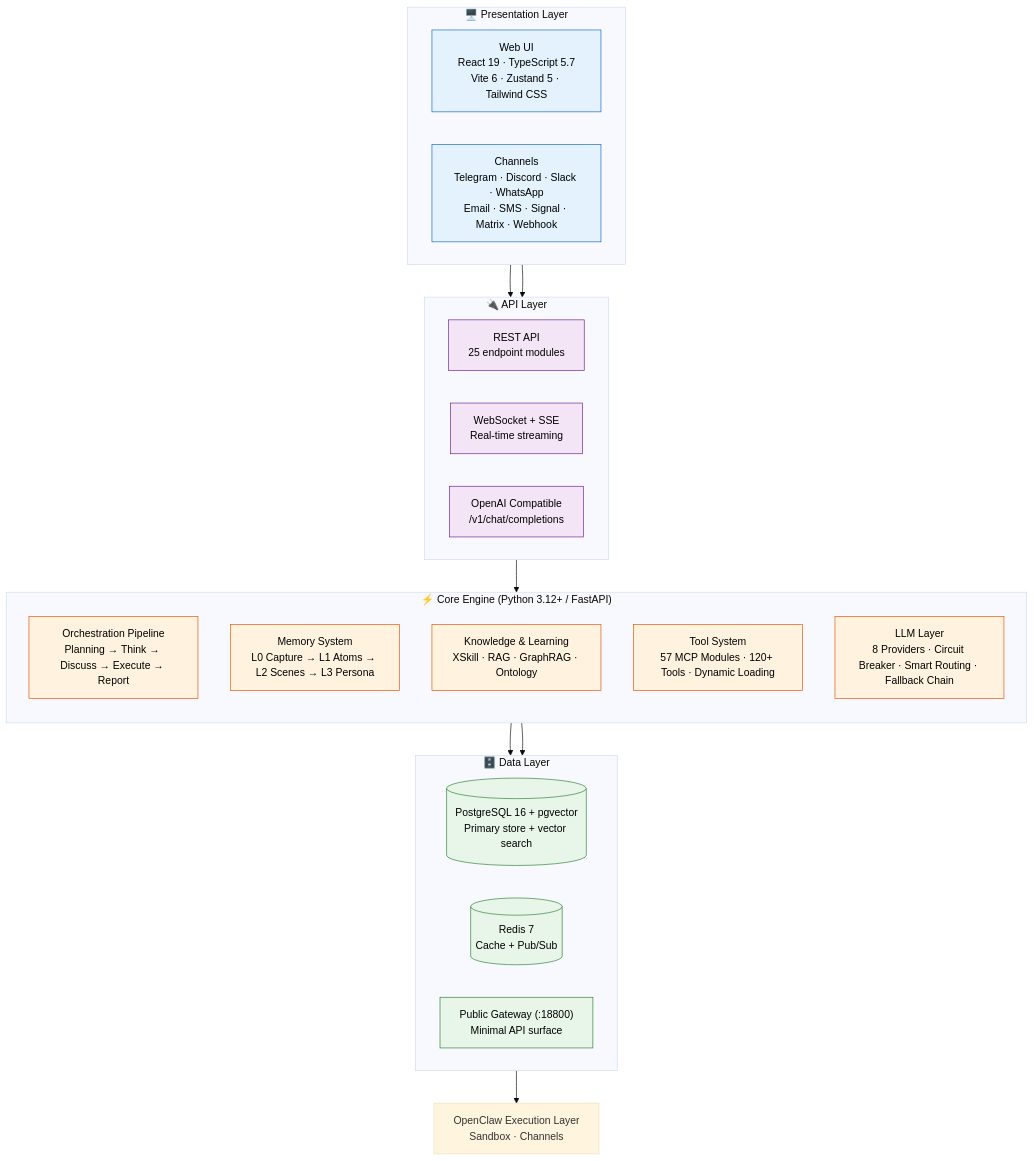
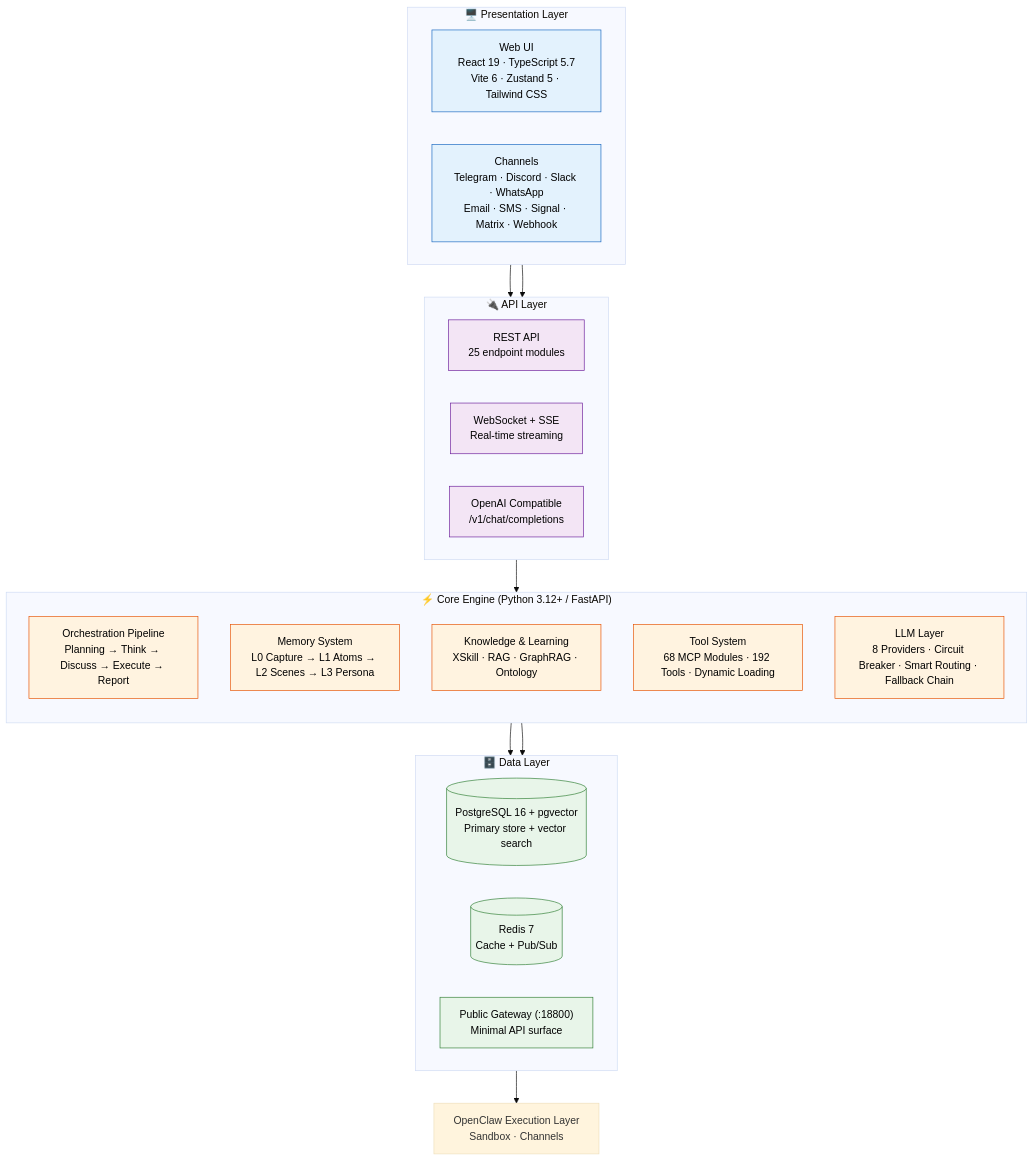
The first of 3 diagrams in README.md (pvbang/nexus), drawn with Mermaid (base theme) before and after one commit. The commit also changed other lines of this file and 601 other files, not shown here.

````diff
--- a/README.md
+++ b/README.md
@@ -174,48 +204,48 @@
 ```mermaid
 flowchart TB
     subgraph PRES["🖥️ Presentation Layer"]
         direction LR
         WEB["Web UI<br/>React 19 · TypeScript 5.7<br/>Vite 6 · Zustand 5 · Tailwind CSS"]
         CH["Channels<br/>Telegram · Discord · Slack · WhatsApp<br/>Email · SMS · Signal · Matrix · Webhook"]
     end
 
     subgraph API["🔌 API Layer"]
         direction LR
         REST["REST API<br/>25 endpoint modules"]
         WS["WebSocket + SSE<br/>Real-time streaming"]
         OA["OpenAI Compatible<br/>/v1/chat/completions"]
     end
 
     subgraph CORE["⚡ Core Engine (Python 3.12+ / FastAPI)"]
         direction TB
         P["Orchestration Pipeline<br/>Planning → Think → Discuss → Execute → Report"]
         MEM["Memory System<br/>L0 Capture → L1 Atoms → L2 Scenes → L3 Persona"]
         XS["Knowledge & Learning<br/>XSkill · RAG · GraphRAG · Ontology"]
-        T["Tool System<br/>57 MCP Modules · 120+ Tools · Dynamic Loading"]
+        T["Tool System<br/>68 MCP Modules · 192 Tools · Dynamic Loading"]
         L["LLM Layer<br/>8 Providers · Circuit Breaker · Smart Routing · Fallback Chain"]
     end
 
     subgraph DATA["🗄️ Data Layer"]
         direction LR
         PG[("PostgreSQL 16 + pgvector<br/>Primary store + vector search")]
         RD[("Redis 7<br/>Cache + Pub/Sub")]
         GW["Public Gateway (:18800)<br/>Minimal API surface"]
     end
 
     WEB --> API
     CH --> API
     API --> CORE
     CORE --> PG
     CORE --> RD
     GW --> OC[OpenClaw Execution Layer<br/>Sandbox · Channels]
 
     classDef pres fill:#e3f2fd,stroke:#1565c0,color:#000
     classDef api fill:#f3e5f5,stroke:#6a1b9a,color:#000
     classDef core fill:#fff3e0,stroke:#e65100,color:#000
     classDef data fill:#e8f5e9,stroke:#2e7d32,color:#000
 
     class WEB,CH pres
     class REST,WS,OA api
     class P,MEM,XS,T,L core
     class PG,RD,GW data
 ```
````
